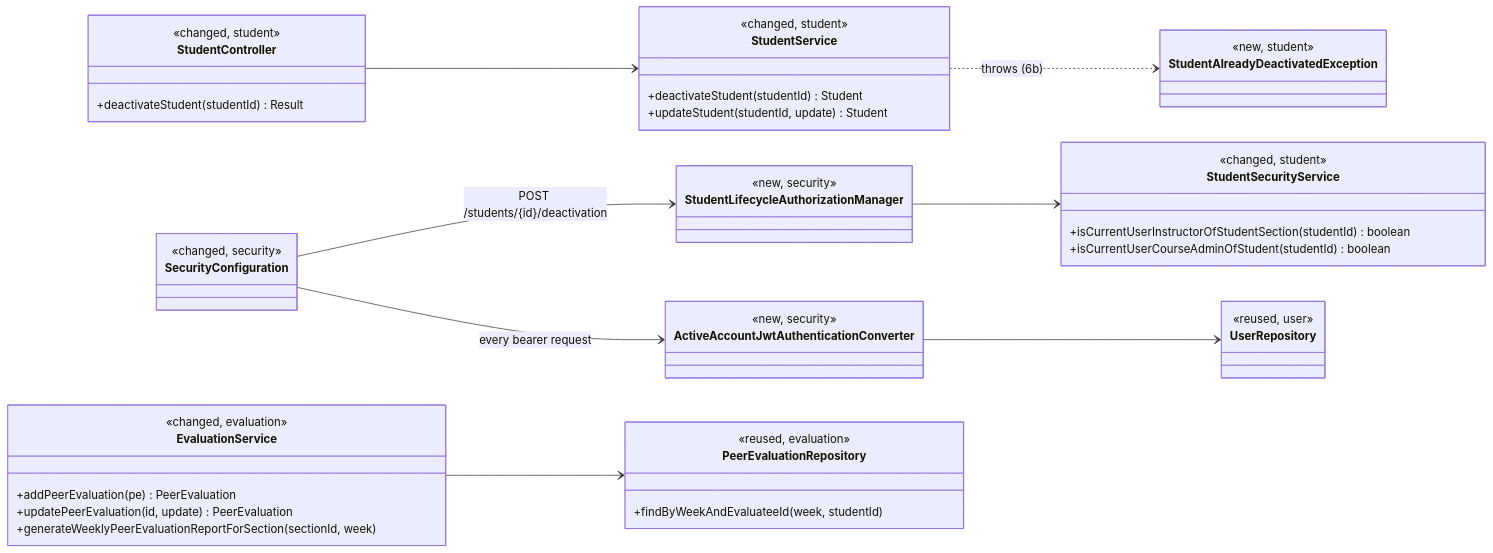
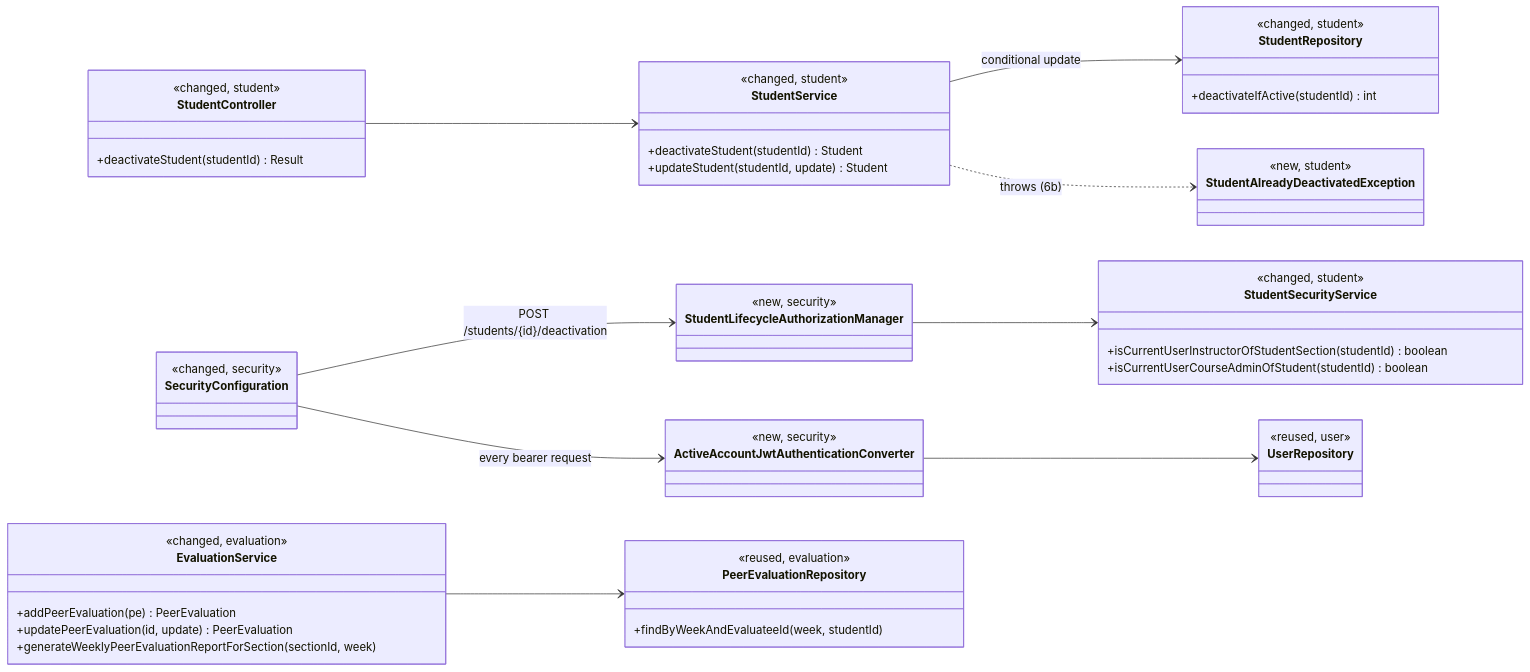
Before and after one commit to adamjawn/add-a-use-case: the first of 3 diagrams in docs/design/stu.md, drawn with Mermaid. The commit also changed other lines of this file, not shown here.

````diff
--- a/docs/design/stu.md
+++ b/docs/design/stu.md
@@ -16,50 +16,55 @@
 ```mermaid
 classDiagram
     direction LR
     class StudentController {
         <<changed, student>>
         +deactivateStudent(studentId) Result
     }
     class StudentService {
         <<changed, student>>
         +deactivateStudent(studentId) Student
         +updateStudent(studentId, update) Student
     }
     class StudentAlreadyDeactivatedException {
         <<new, student>>
     }
     class StudentSecurityService {
         <<changed, student>>
         +isCurrentUserInstructorOfStudentSection(studentId) boolean
         +isCurrentUserCourseAdminOfStudent(studentId) boolean
     }
     class StudentLifecycleAuthorizationManager {
         <<new, security>>
     }
     class ActiveAccountJwtAuthenticationConverter {
         <<new, security>>
     }
     class SecurityConfiguration {
         <<changed, security>>
     }
     class EvaluationService {
         <<changed, evaluation>>
         +addPeerEvaluation(pe) PeerEvaluation
         +updatePeerEvaluation(id, update) PeerEvaluation
         +generateWeeklyPeerEvaluationReportForSection(sectionId, week)
     }
+    class StudentRepository {
+        <<changed, student>>
+        +deactivateIfActive(studentId) int
+    }
     class UserRepository {
         <<reused, user>>
     }
     class PeerEvaluationRepository {
         <<reused, evaluation>>
         +findByWeekAndEvaluateeId(week, studentId)
     }
     StudentController --> StudentService
+    StudentService --> StudentRepository : conditional update
     StudentService ..> StudentAlreadyDeactivatedException : throws (6b)
     StudentLifecycleAuthorizationManager --> StudentSecurityService
     SecurityConfiguration --> StudentLifecycleAuthorizationManager : POST /students/{id}/deactivation
     SecurityConfiguration --> ActiveAccountJwtAuthenticationConverter : every bearer request
     ActiveAccountJwtAuthenticationConverter --> UserRepository
     EvaluationService --> PeerEvaluationRepository
 ```
````
